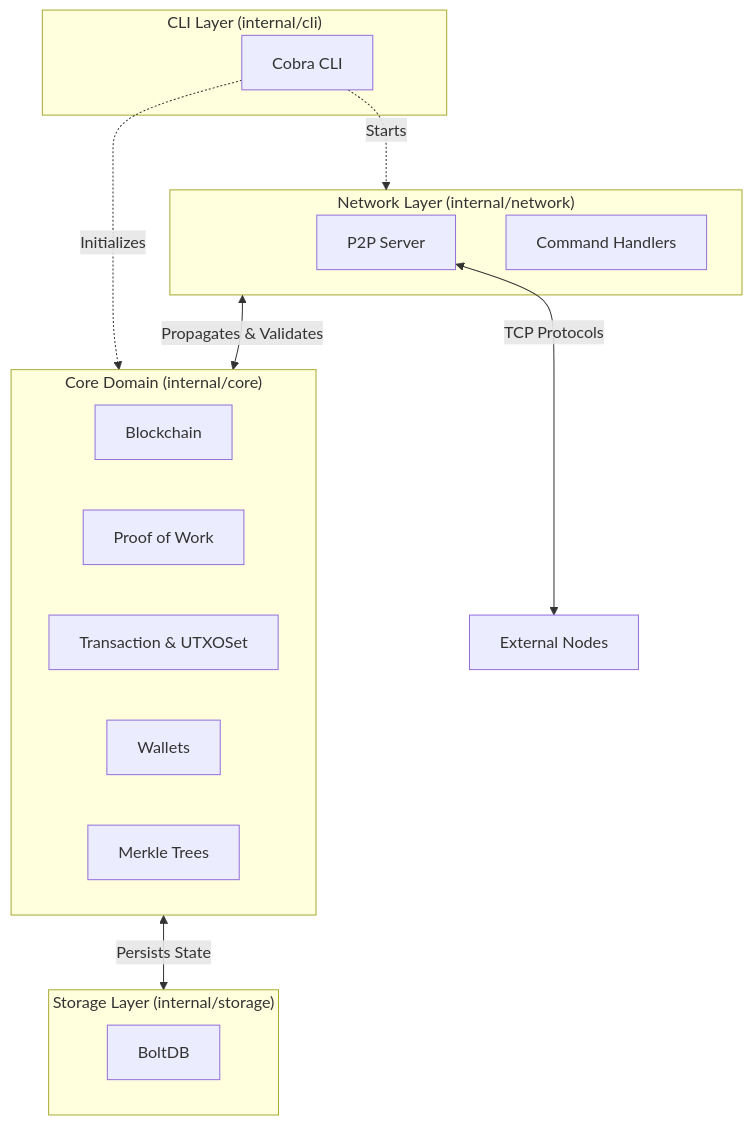
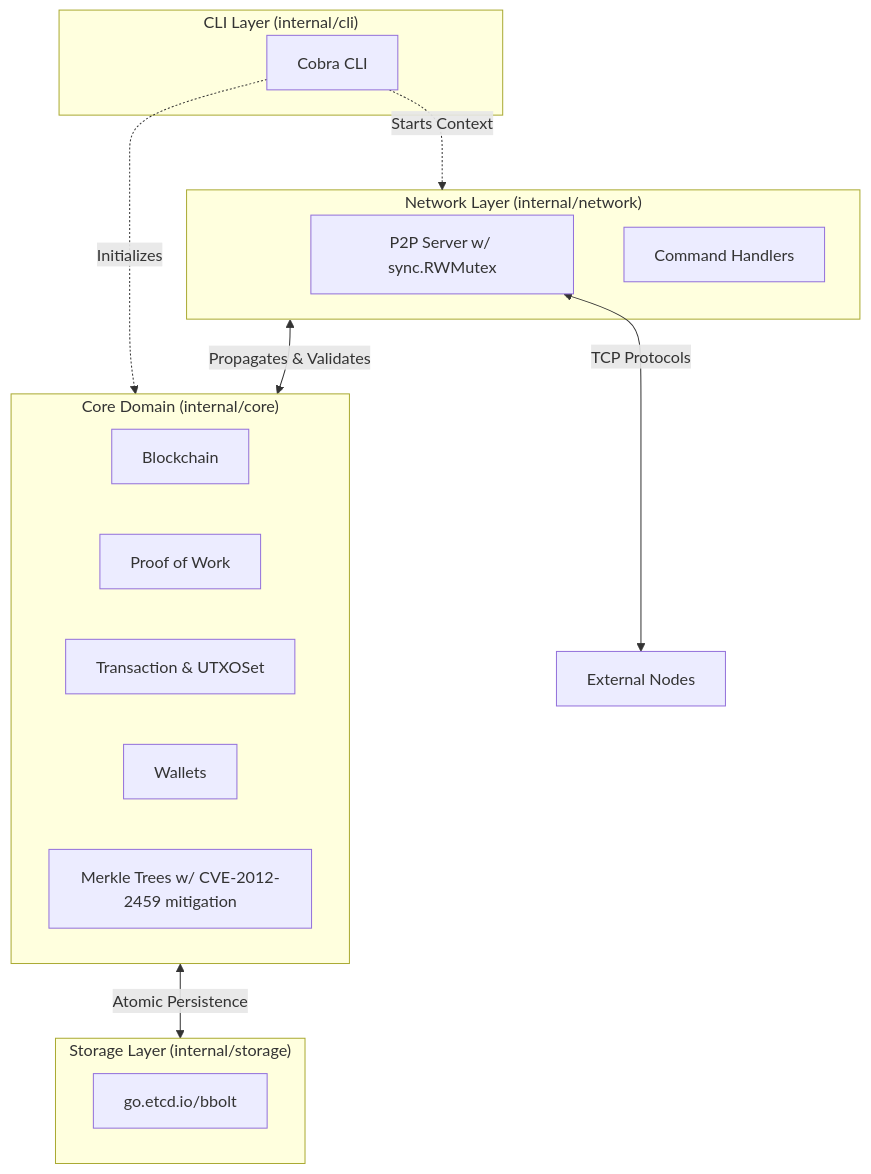
Before and after one commit to pouyasadri/go-blockchain: the diagram in README.md, drawn with Mermaid. The commit also changed other lines of this file, not shown here.

````diff
--- a/README.md
+++ b/README.md
@@ -24,29 +24,29 @@
 ```mermaid
 graph TD
     subgraph CLI ["CLI Layer (internal/cli)"]
         CmdLine[Cobra CLI]
     end
 
     subgraph Network ["Network Layer (internal/network)"]
-        P2P[P2P Server]
+        P2P[P2P Server w/ sync.RWMutex]
         CmdHandler[Command Handlers]
     end
 
     subgraph Core ["Core Domain (internal/core)"]
         BC[Blockchain]
         PoW[Proof of Work]
         TX[Transaction & UTXOSet]
         Wall[Wallets]
-        Merkle[Merkle Trees]
+        Merkle[Merkle Trees w/ CVE-2012-2459 mitigation]
     end
 
     subgraph Storage ["Storage Layer (internal/storage)"]
-        Bolt[BoltDB]
+        bbolt[go.etcd.io/bbolt]
     end
 
     CmdLine -.->|Initializes| Core
-    CmdLine -.->|Starts| Network
+    CmdLine -.->|Starts Context| Network
     Network <-->|Propagates & Validates| Core
-    Core <-->|Persists State| Storage
+    Core <-->|Atomic Persistence| Storage
     P2P <-->|TCP Protocols| ExtNodes[External Nodes]
 ```
````
